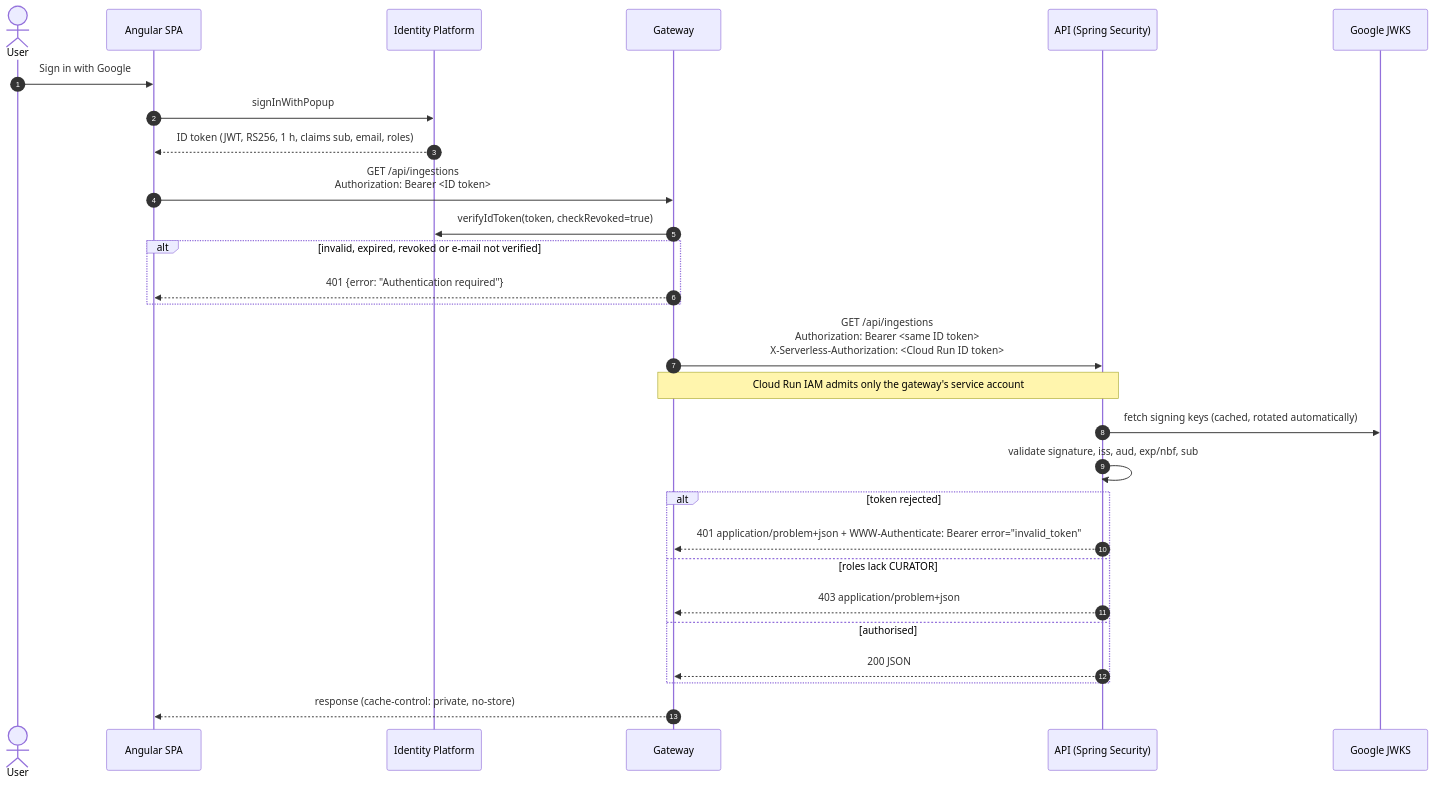
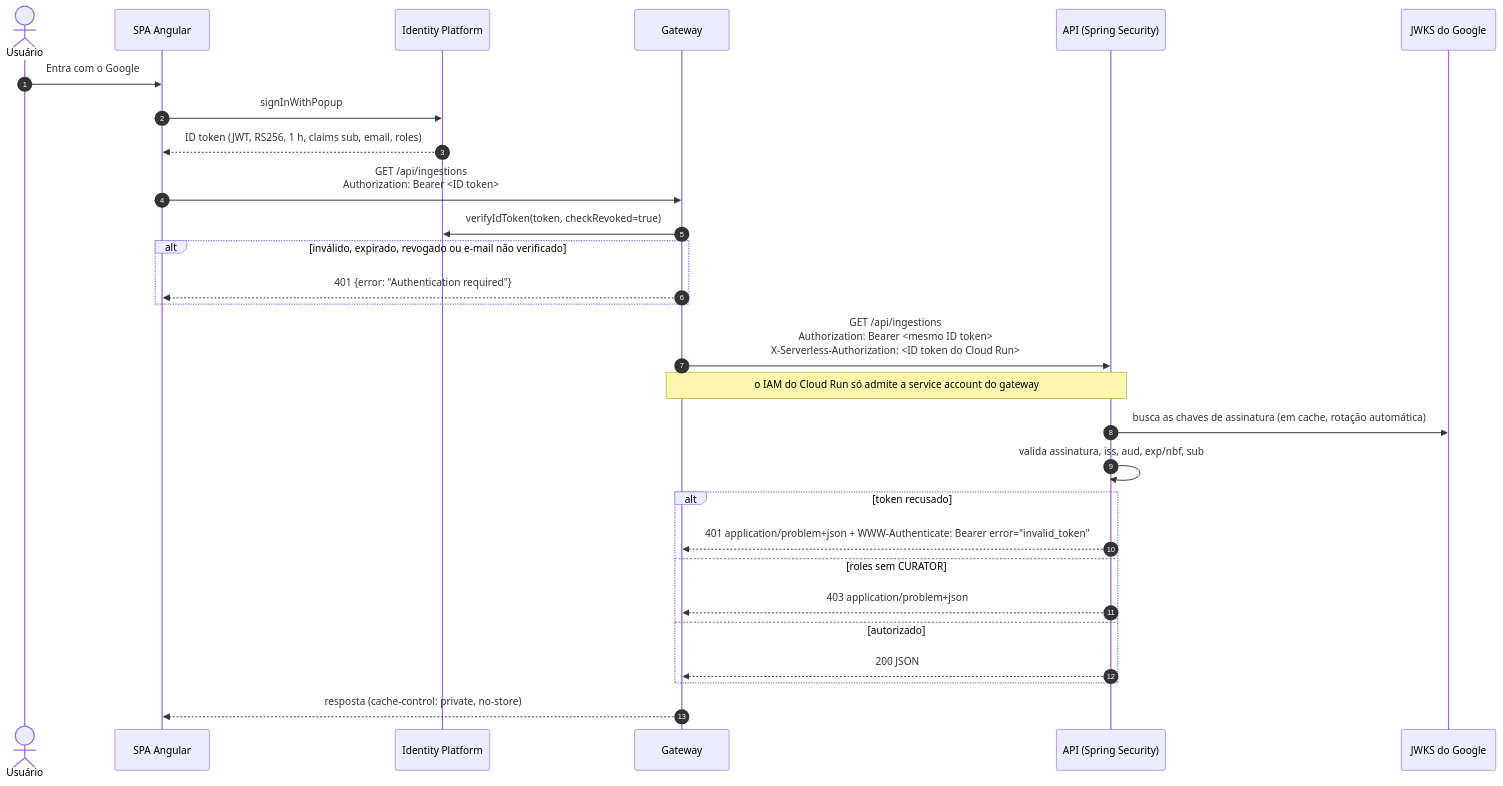
The second of 4 diagrams in docs/architecture/solution-architecture.md (IamP5/spec-sync), drawn with Mermaid before and after one commit. The commit also changed other lines of this file and 3 other files, not shown here.

Commit message:
docs(api): translate the architecture, ADRs and test evidence to pt-BR

````diff
--- a/docs/architecture/solution-architecture.md
+++ b/docs/architecture/solution-architecture.md
@@ -79,31 +79,31 @@
 ```mermaid
 sequenceDiagram
   autonumber
-  actor U as User
-  participant W as Angular SPA
+  actor U as Usuário
+  participant W as SPA Angular
   participant IDP as Identity Platform
   participant G as Gateway
   participant A as API (Spring Security)
-  participant K as Google JWKS
+  participant K as JWKS do Google
 
-  U->>W: Sign in with Google
+  U->>W: Entra com o Google
   W->>IDP: signInWithPopup
   IDP-->>W: ID token (JWT, RS256, 1 h, claims sub, email, roles)
   W->>G: GET /api/ingestions<br/>Authorization: Bearer <ID token>
   G->>IDP: verifyIdToken(token, checkRevoked=true)
-  alt invalid, expired, revoked or e-mail not verified
+  alt inválido, expirado, revogado ou e-mail não verificado
     G-->>W: 401 {error: "Authentication required"}
   end
-  G->>A: GET /api/ingestions<br/>Authorization: Bearer <same ID token><br/>X-Serverless-Authorization: <Cloud Run ID token>
-  Note over G,A: Cloud Run IAM admits only the gateway's service account
-  A->>K: fetch signing keys (cached, rotated automatically)
-  A->>A: validate signature, iss, aud, exp/nbf, sub
-  alt token rejected
+  G->>A: GET /api/ingestions<br/>Authorization: Bearer <mesmo ID token><br/>X-Serverless-Authorization: <ID token do Cloud Run>
+  Note over G,A: o IAM do Cloud Run só admite a service account do gateway
+  A->>K: busca as chaves de assinatura (em cache, rotação automática)
+  A->>A: valida assinatura, iss, aud, exp/nbf, sub
+  alt token recusado
     A-->>G: 401 application/problem+json + WWW-Authenticate: Bearer error="invalid_token"
-  else roles lack CURATOR
+  else roles sem CURATOR
     A-->>G: 403 application/problem+json
-  else authorised
+  else autorizado
     A-->>G: 200 JSON
   end
-  G-->>W: response (cache-control: private, no-store)
+  G-->>W: resposta (cache-control: private, no-store)
 ```
````
